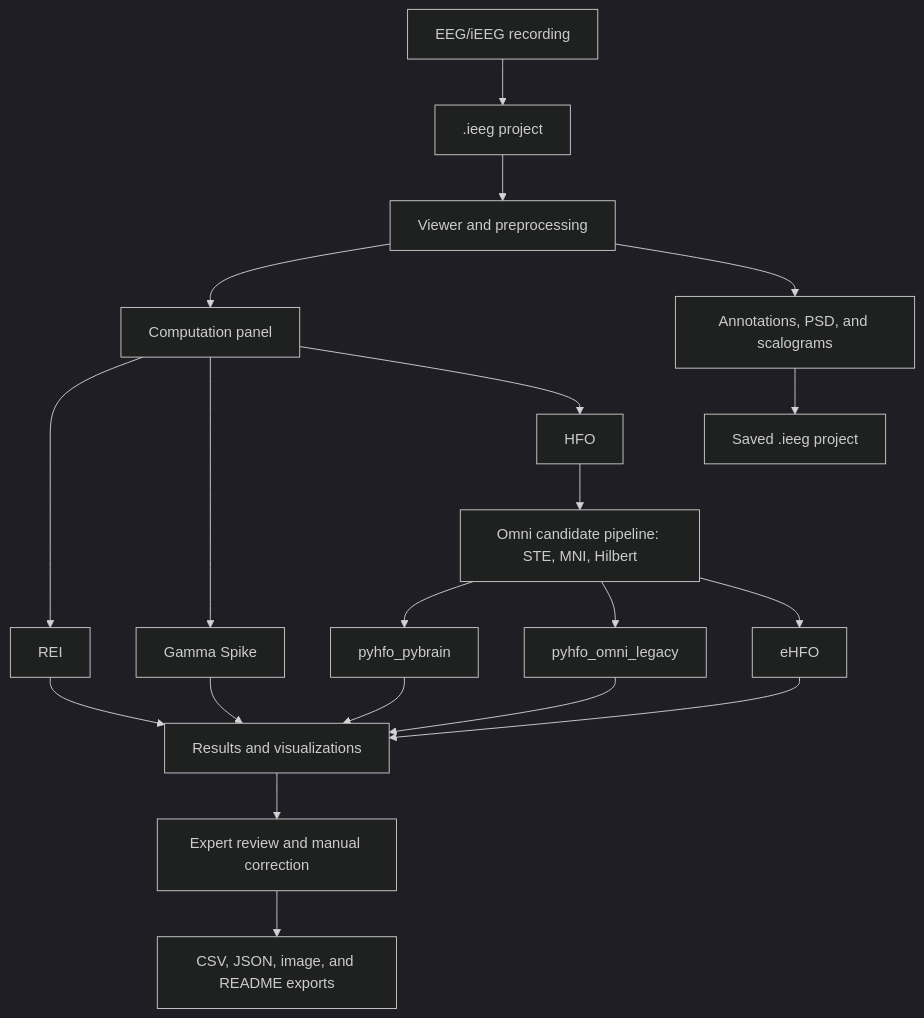
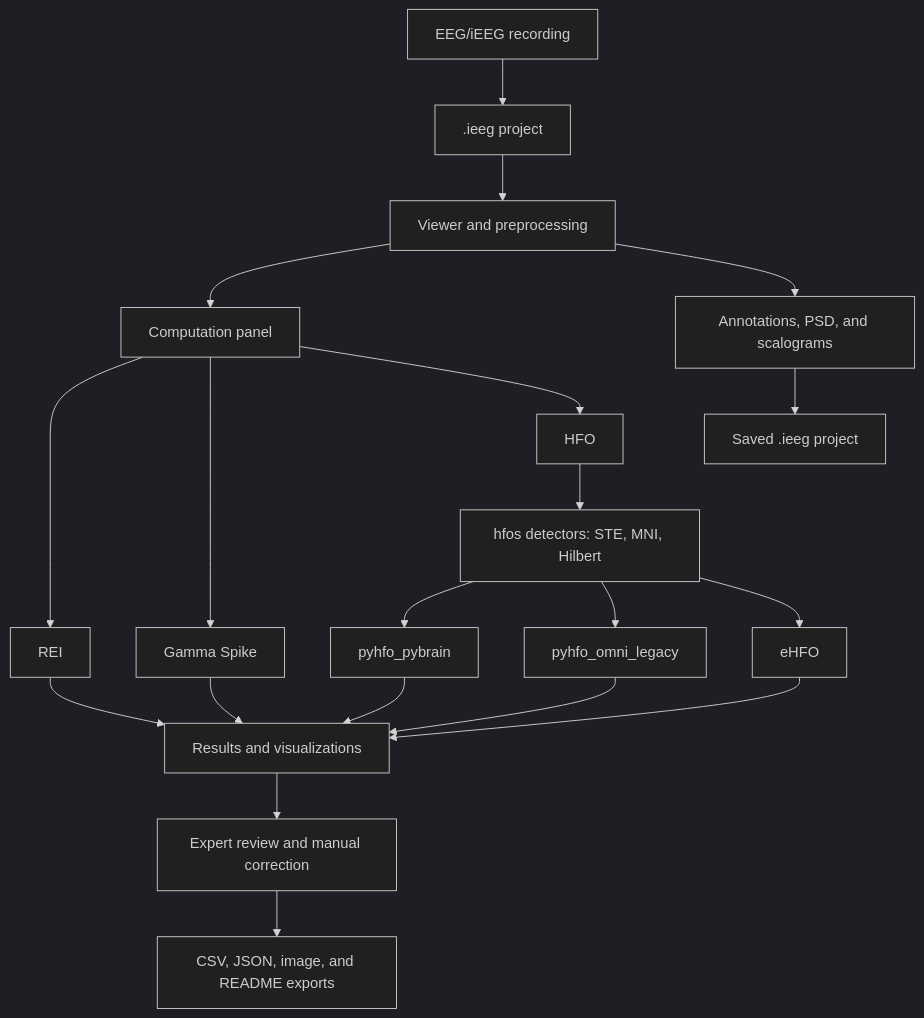
Before and after one commit to m2b3/IEEG: the diagram in README.md, drawn with Mermaid (dark theme).

Commit message:
read me updates

````diff
--- a/README.md
+++ b/README.md
@@ -12,27 +12,27 @@
 ```mermaid
 flowchart TD
     A[EEG/iEEG recording] --> P[.ieeg project]
     P --> B[Viewer and preprocessing]
 
     B --> C[Computation panel]
     C --> D1[REI]
     C --> D2[Gamma Spike]
     C --> D3[HFO]
 
-    D3 --> CD[Omni candidate pipeline: STE, MNI, Hilbert]
+    D3 --> CD[hfos detectors: STE, MNI, Hilbert]
     CD --> M1[pyhfo_pybrain]
     CD --> M2[pyhfo_omni_legacy]
     CD --> M3[eHFO]
 
     D1 --> E[Results and visualizations]
     D2 --> E
     M1 --> E
     M2 --> E
     M3 --> E
 
     E --> F[Expert review and manual correction]
     F --> G[CSV, JSON, image, and README exports]
 
     B --> H[Annotations, PSD, and scalograms]
     H --> S[Saved .ieeg project]
 ```
````
